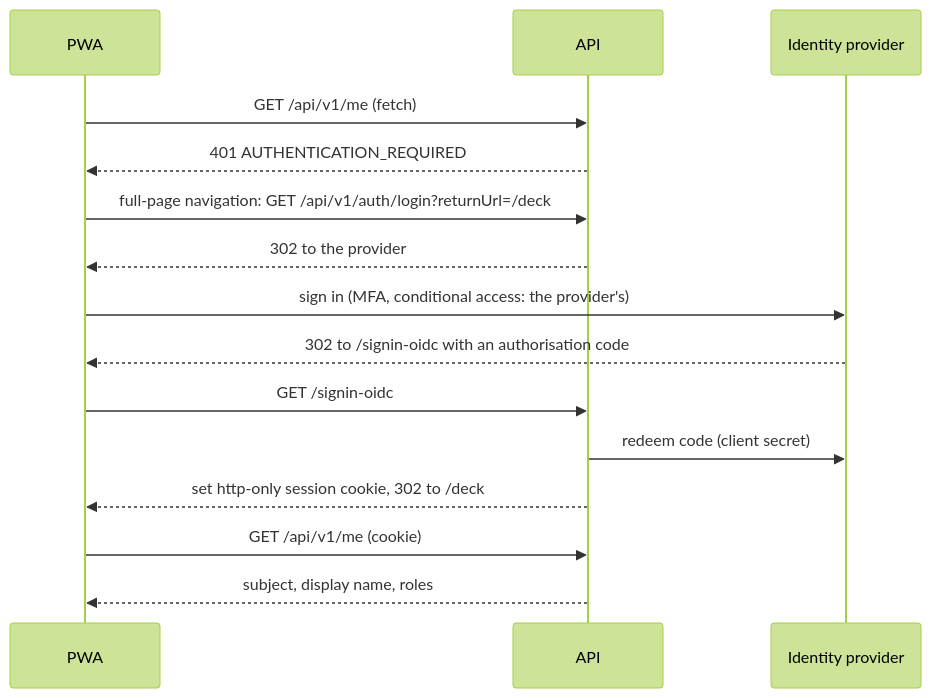
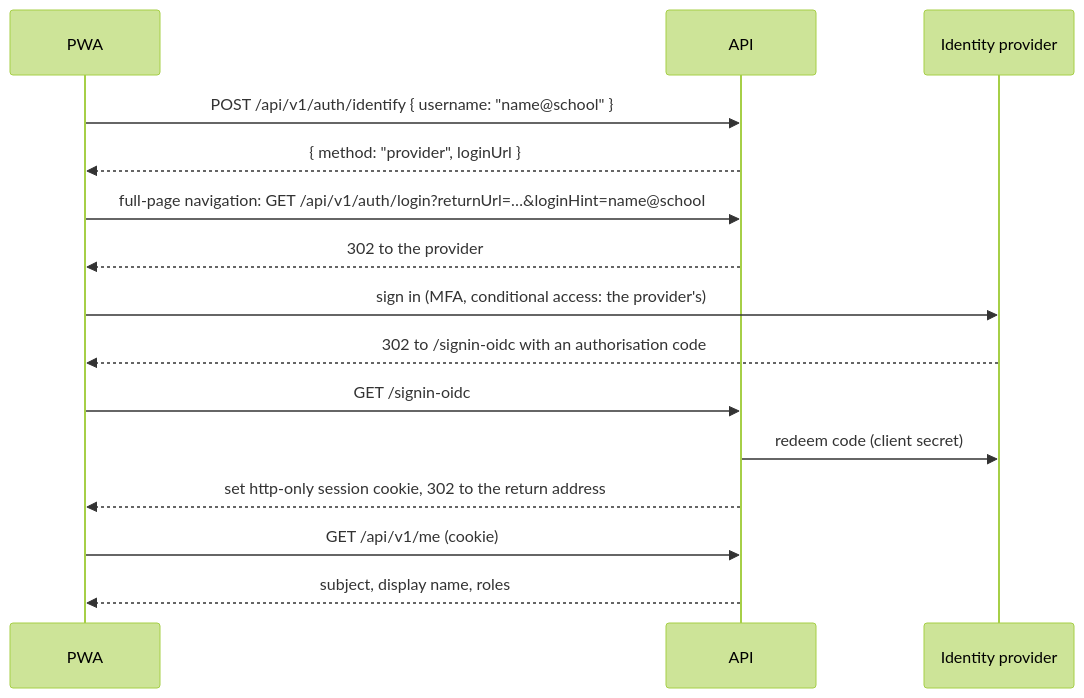
Before and after one commit to jcuzzz/carnival-app: the second of 2 diagrams in docs/architecture/authorisation-and-audit.md, drawn with Mermaid (forest theme). The commit also changed other lines of this file and 19 other files, not shown here.

Commit message:
Docs and governance for local accounts (ADR-0065): sign-in architecture, admin and runbook pages, access control and MFA, ST4S evidence, data inventory, incident response, retention, backup; staff guide for signing in

````diff
--- a/docs/architecture/authorisation-and-audit.md
+++ b/docs/architecture/authorisation-and-audit.md
@@ -32,17 +99,17 @@
 ```mermaid
 sequenceDiagram
   participant P as PWA
   participant A as API
   participant I as Identity provider
-  P->>A: GET /api/v1/me (fetch)
-  A-->>P: 401 AUTHENTICATION_REQUIRED
-  P->>A: full-page navigation: GET /api/v1/auth/login?returnUrl=/deck
+  P->>A: POST /api/v1/auth/identify { username: "name@school" }
+  A-->>P: { method: "provider", loginUrl }
+  P->>A: full-page navigation: GET /api/v1/auth/login?returnUrl=…&loginHint=name@school
   A-->>P: 302 to the provider
   P->>I: sign in (MFA, conditional access: the provider's)
   I-->>P: 302 to /signin-oidc with an authorisation code
   P->>A: GET /signin-oidc
   A->>I: redeem code (client secret)
-  A-->>P: set http-only session cookie, 302 to /deck
+  A-->>P: set http-only session cookie, 302 to the return address
   P->>A: GET /api/v1/me (cookie)
   A-->>P: subject, display name, roles
 ```
````
